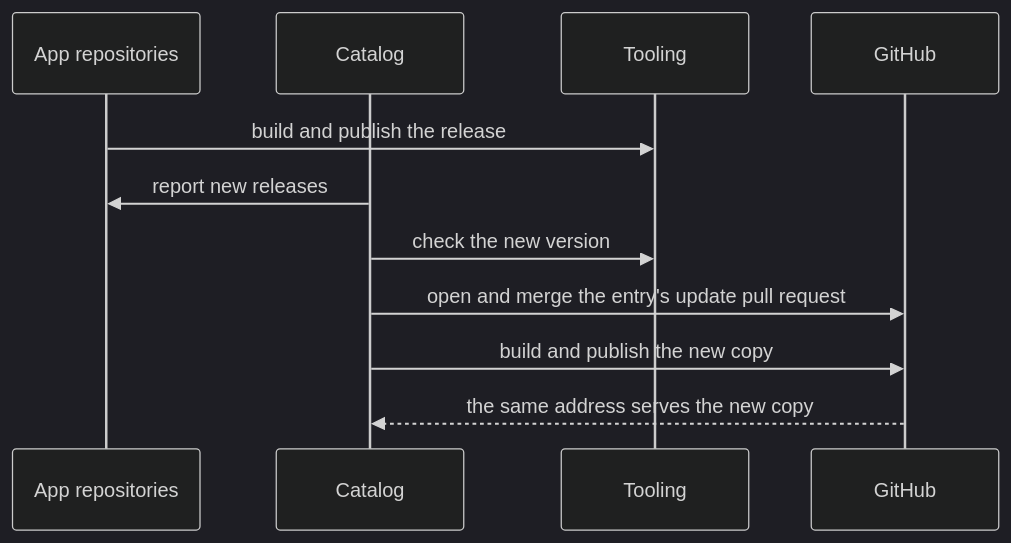
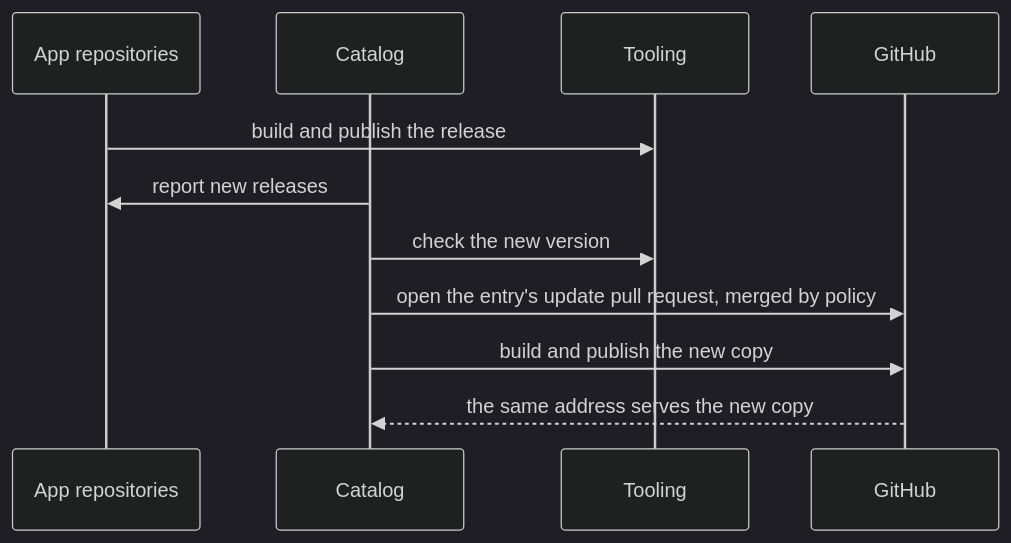
Before and after one commit to lernapps/docs: the fourth of 6 diagrams in docs/arc42/06-runtime-view.arc42.md, drawn with Mermaid (dark theme). The commit also changed other lines of this file and 6 other files, not shown here.

````diff
--- a/docs/arc42/06-runtime-view.arc42.md
+++ b/docs/arc42/06-runtime-view.arc42.md
@@ -166,13 +166,13 @@
 ```mermaid
 sequenceDiagram
     participant appactions as App repositories
     participant catalog as Catalog
     participant tooling as Tooling
     participant github as GitHub
     appactions->>tooling: build and publish the release
     catalog->>appactions: report new releases
     catalog->>tooling: check the new version
-    catalog->>github: open and merge the entry's update pull request
+    catalog->>github: open the entry's update pull request, merged by policy
     catalog->>github: build and publish the new copy
     github-->>catalog: the same address serves the new copy
 ```
````
